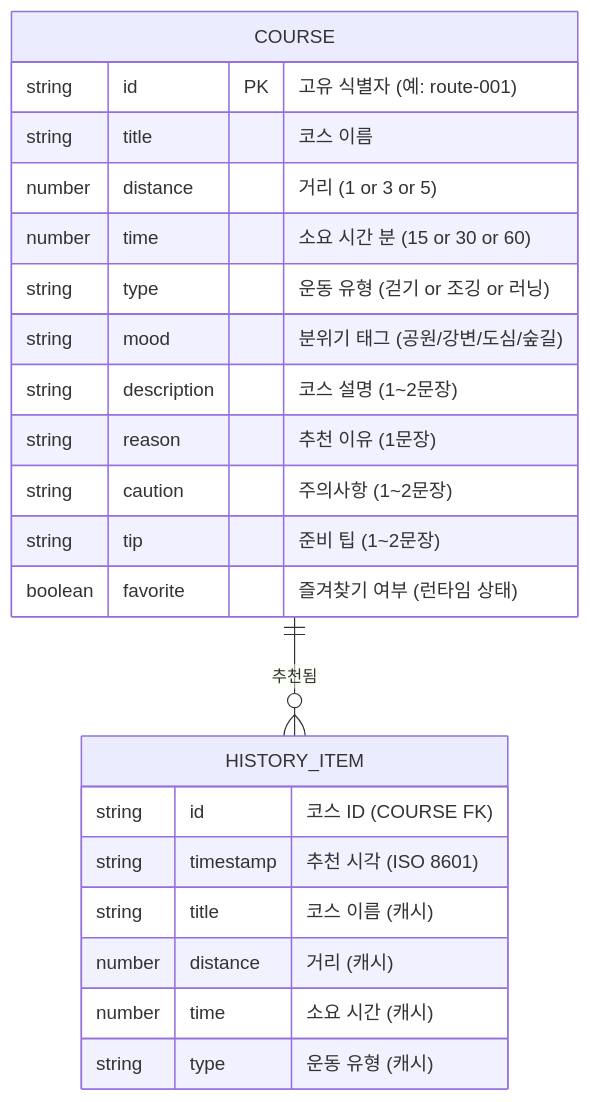
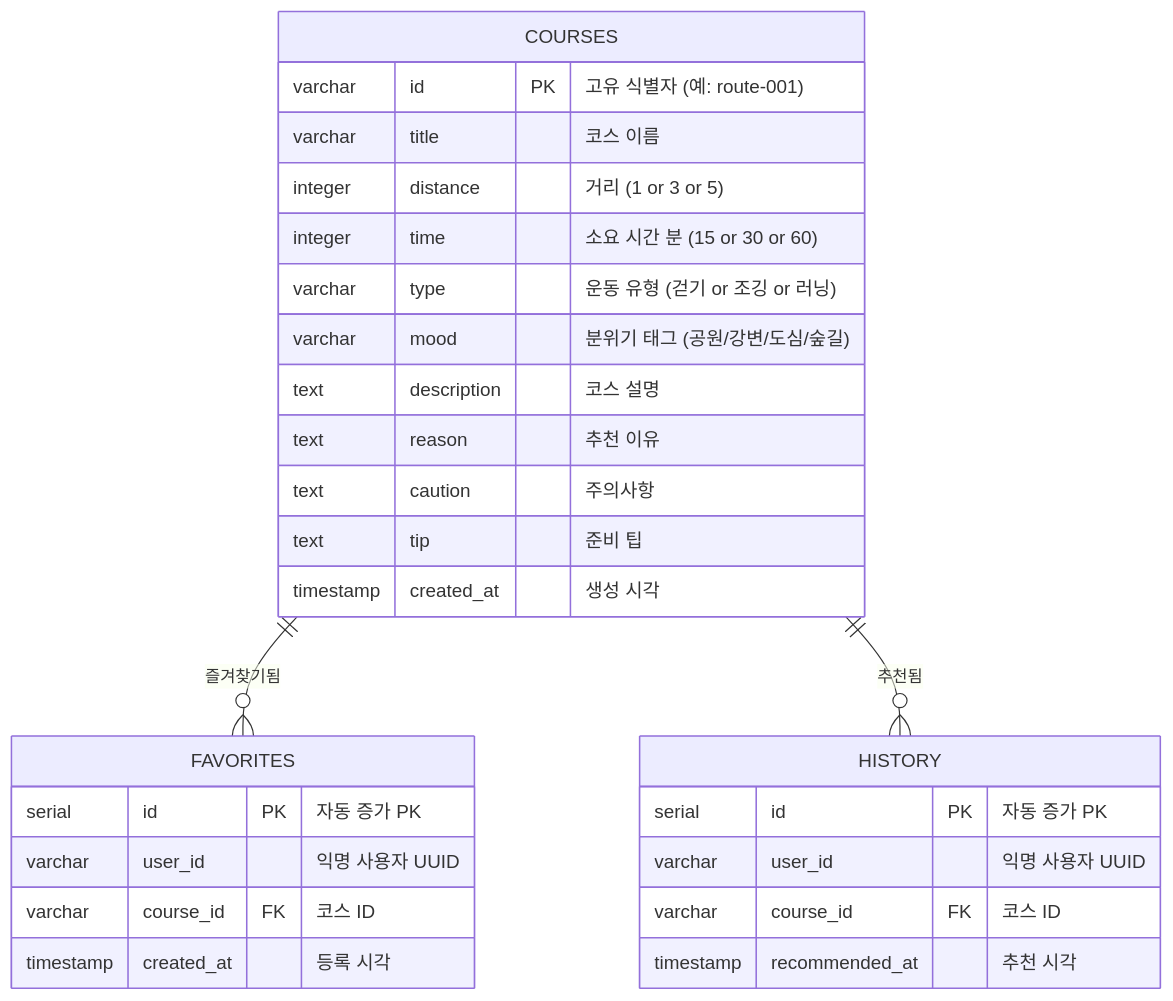
One commit to yellow-pang/RWR-mini-project changed the first of 2 diagrams in docs/06-data-spec.md. Above: the diagram before and after it, drawn with Mermaid. The commit also changed other lines of this file and 3 other files, not shown here.

````diff
--- a/docs/06-data-spec.md
+++ b/docs/06-data-spec.md
@@ -23,27 +25,33 @@
 ```mermaid
 erDiagram
-    COURSE {
-        string id PK "고유 식별자 (예: route-001)"
-        string title "코스 이름"
-        number distance "거리 (1 or 3 or 5)"
-        number time "소요 시간 분 (15 or 30 or 60)"
-        string type "운동 유형 (걷기 or 조깅 or 러닝)"
-        string mood "분위기 태그 (공원/강변/도심/숲길)"
-        string description "코스 설명 (1~2문장)"
-        string reason "추천 이유 (1문장)"
-        string caution "주의사항 (1~2문장)"
-        string tip "준비 팁 (1~2문장)"
-        boolean favorite "즐겨찾기 여부 (런타임 상태)"
+    COURSES {
+        varchar id PK "고유 식별자 (예: route-001)"
+        varchar title "코스 이름"
+        integer distance "거리 (1 or 3 or 5)"
+        integer time "소요 시간 분 (15 or 30 or 60)"
+        varchar type "운동 유형 (걷기 or 조깅 or 러닝)"
+        varchar mood "분위기 태그 (공원/강변/도심/숲길)"
+        text description "코스 설명"
+        text reason "추천 이유"
+        text caution "주의사항"
+        text tip "준비 팁"
+        timestamp created_at "생성 시각"
     }
 
-    HISTORY_ITEM {
-        string id "코스 ID (COURSE FK)"
-        string timestamp "추천 시각 (ISO 8601)"
-        string title "코스 이름 (캐시)"
-        number distance "거리 (캐시)"
-        number time "소요 시간 (캐시)"
-        string type "운동 유형 (캐시)"
+    FAVORITES {
+        serial id PK "자동 증가 PK"
+        varchar user_id "익명 사용자 UUID"
+        varchar course_id FK "코스 ID"
+        timestamp created_at "등록 시각"
     }
 
-    COURSE ||--o{ HISTORY_ITEM : "추천됨"
+    HISTORY {
+        serial id PK "자동 증가 PK"
+        varchar user_id "익명 사용자 UUID"
+        varchar course_id FK "코스 ID"
+        timestamp recommended_at "추천 시각"
+    }
+
+    COURSES ||--o{ FAVORITES : "즐겨찾기됨"
+    COURSES ||--o{ HISTORY : "추천됨"
 ```
````
